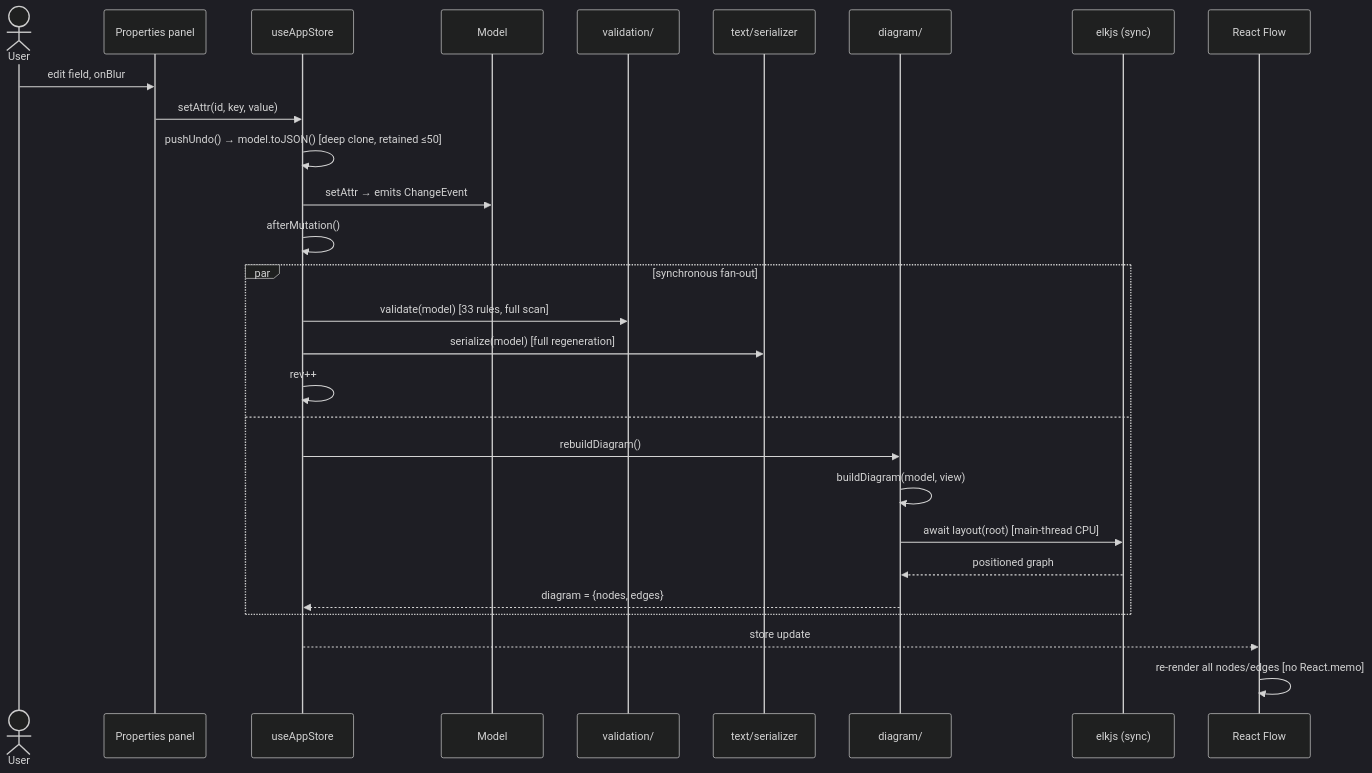
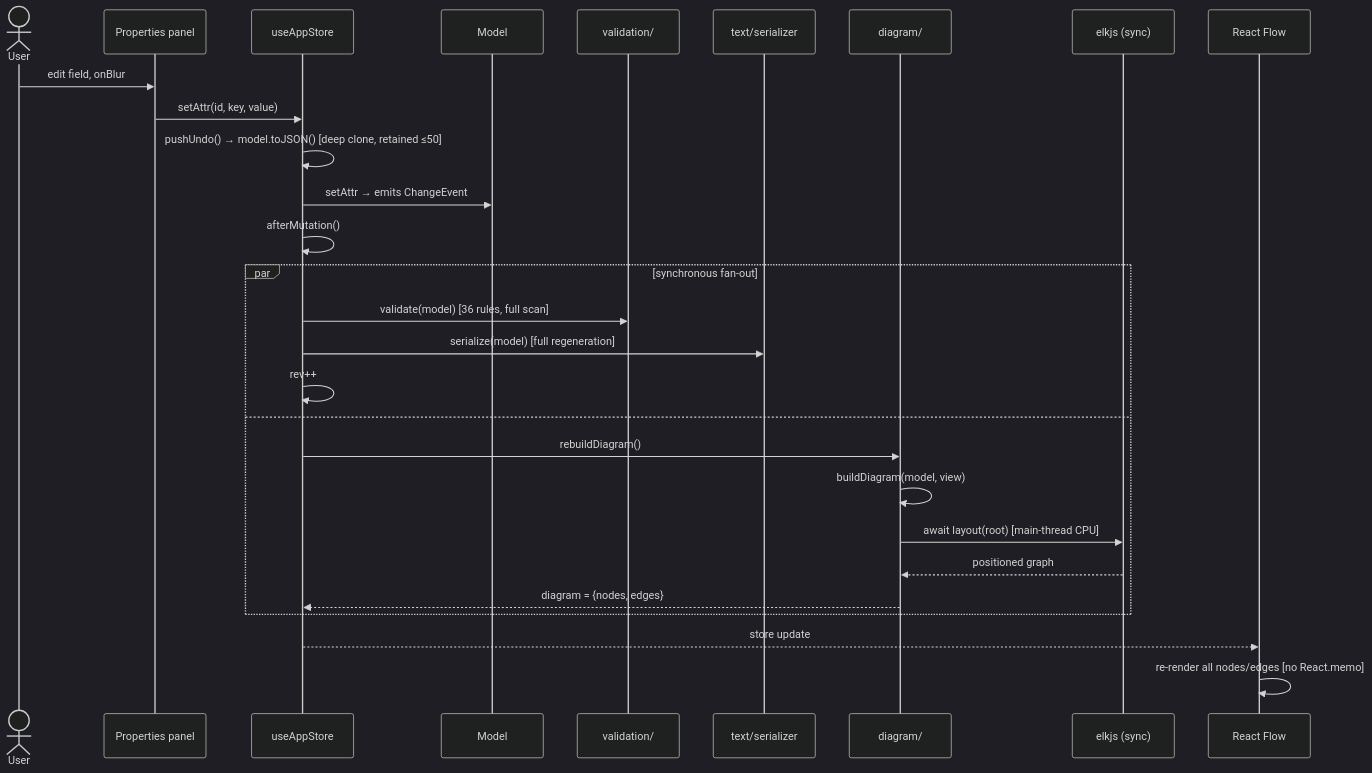
One commit to cosmindxu/sysprose changed the second of 8 diagrams in docs/architecture/06-sequence-diagrams.md. Above: the diagram before and after it, drawn with Mermaid (dark theme). The commit also changed 19 other files, not shown here.

````diff
--- a/docs/architecture/06-sequence-diagrams.md
+++ b/docs/architecture/06-sequence-diagrams.md
@@ -30,31 +30,31 @@
 ```mermaid
 sequenceDiagram
     actor U as User
     participant P as Properties panel
     participant S as useAppStore
     participant M as Model
     participant V as validation/
     participant T as text/serializer
     participant D as diagram/
     participant ELK as elkjs (sync)
     participant RF as React Flow
 
     U->>P: edit field, onBlur
     P->>S: setAttr(id, key, value)
     S->>S: pushUndo() → model.toJSON() [deep clone, retained ≤50]
     S->>M: setAttr → emits ChangeEvent
     S->>S: afterMutation()
     par synchronous fan-out
-        S->>V: validate(model) [33 rules, full scan]
+        S->>V: validate(model) [36 rules, full scan]
         S->>T: serialize(model) [full regeneration]
         S->>S: rev++
     and
         S->>D: rebuildDiagram()
         D->>D: buildDiagram(model, view)
         D->>ELK: await layout(root) [main-thread CPU]
         ELK-->>D: positioned graph
         D-->>S: diagram = {nodes, edges}
     end
     S-->>RF: store update
     RF->>RF: re-render all nodes/edges [no React.memo]
 ```
````
